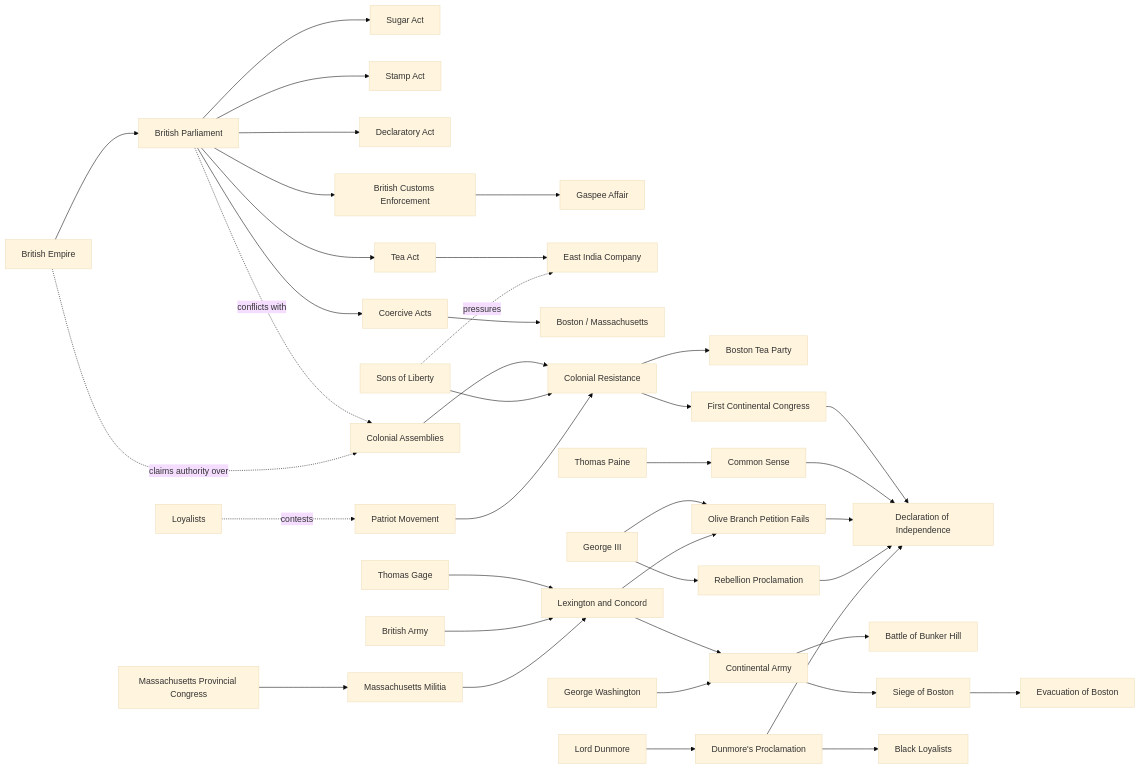
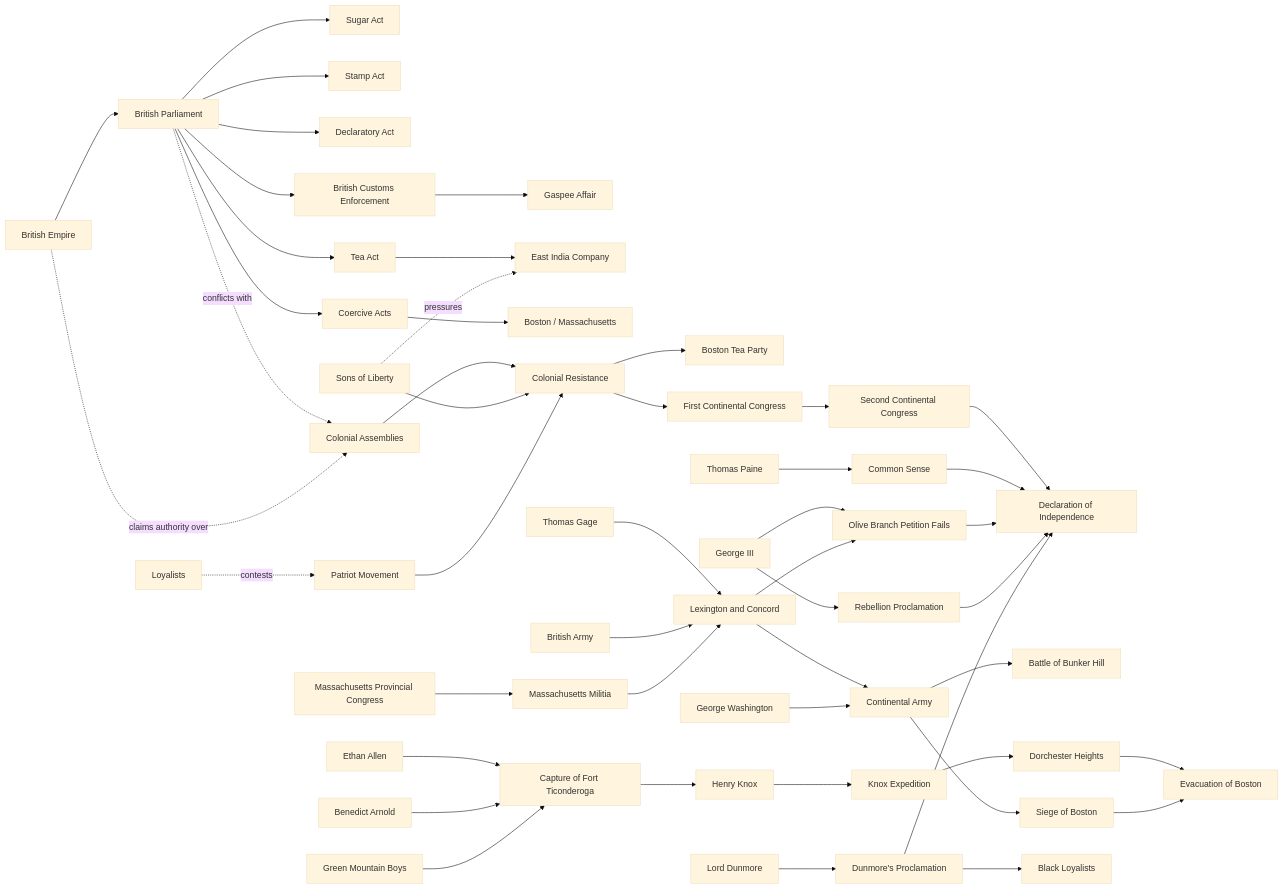
The diagram in 09_Maps_Models/Actor_Maps/American Revolution Actor Map.md (mattblethen/Causal-Atlas), drawn with Mermaid (base theme) before and after one commit. The commit also changed 28 other files, not shown here.

Commit message:
Add Ticonderoga and Dorchester mechanics

````diff
--- a/09_Maps_Models/Actor_Maps/American Revolution Actor Map.md
+++ b/09_Maps_Models/Actor_Maps/American Revolution Actor Map.md
@@ -17,44 +17,52 @@
 ```mermaid
 flowchart LR
     BE["British Empire"] --> BP["British Parliament"]
     BP --> SUG["Sugar Act"]
     BP --> SA["Stamp Act"]
     BP --> DA["Declaratory Act"]
     BP --> TA["Tea Act"]
     BP --> COA["Coercive Acts"]
     BP --> BCE["British Customs Enforcement"]
     BCE --> GAS["Gaspee Affair"]
     TA --> EIC["East India Company"]
     COA --> BOS["Boston / Massachusetts"]
 
     CAS["Colonial Assemblies"] --> CR["Colonial Resistance"]
     SOL["Sons of Liberty"] --> CR
     PM["Patriot Movement"] --> CR
     CR --> BTP["Boston Tea Party"]
     CR --> FCC["First Continental Congress"]
-    FCC --> DOI["Declaration of Independence"]
+    FCC --> SCC["Second Continental Congress"]
+    SCC --> DOI["Declaration of Independence"]
     TP["Thomas Paine"] --> CS["Common Sense"]
     CS --> DOI
     G3["George III"] --> OBP["Olive Branch Petition Fails"]
     G3 --> REB["Rebellion Proclamation"]
     OBP --> DOI
     REB --> DOI
     TG["Thomas Gage"] --> LC["Lexington and Concord"]
     BA["British Army"] --> LC
     MM["Massachusetts Militia"] --> LC
     MPC["Massachusetts Provincial Congress"] --> MM
     LC --> CTA["Continental Army"]
     GW["George Washington"] --> CTA
     CTA --> BH["Battle of Bunker Hill"]
+    EA["Ethan Allen"] --> TIC["Capture of Fort Ticonderoga"]
+    BA2["Benedict Arnold"] --> TIC
+    GMB["Green Mountain Boys"] --> TIC
+    TIC --> HK["Henry Knox"]
+    HK --> KNOX["Knox Expedition"]
+    KNOX --> DH["Dorchester Heights"]
     CTA --> SB["Siege of Boston"]
+    DH --> EB
     SB --> EB["Evacuation of Boston"]
     LC --> OBP
     LOY["Loyalists"] -. contests .-> PM
     LD["Lord Dunmore"] --> DUN["Dunmore's Proclamation"]
     DUN --> BL["Black Loyalists"]
     DUN --> DOI
 
     BP -. conflicts with .-> CAS
     BE -. claims authority over .-> CAS
     SOL -. pressures .-> EIC
 ```
````
